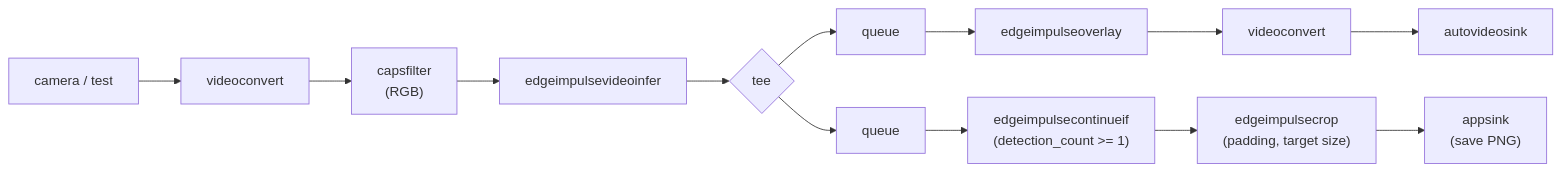
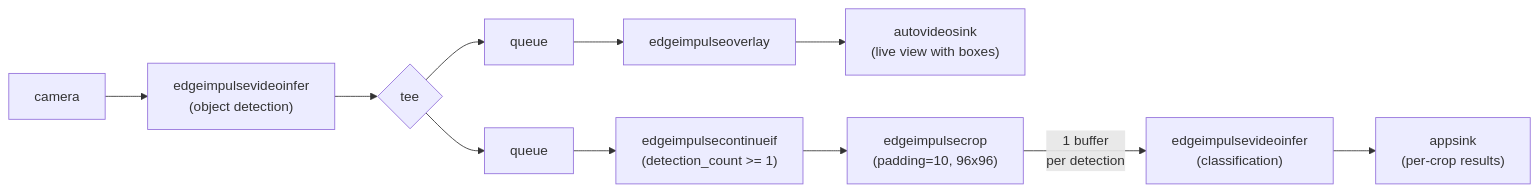
One commit to edgeimpulse/gst-plugins-edgeimpulse changed the ninth of 10 diagrams in README.md. Above: the diagram before and after it, drawn with Mermaid. The commit also changed other lines of this file, not shown here.

````diff
--- a/README.md
+++ b/README.md
@@ -936,7 +961,10 @@
 ```mermaid
 graph LR
-    src["camera / test"] --> vc[videoconvert] --> caps["capsfilter\n(RGB)"] --> det[edgeimpulsevideoinfer]
+    cam[camera] --> det["edgeimpulsevideoinfer\n(object detection)"]
     det --> tee{tee}
-    tee --> q1[queue] --> overlay[edgeimpulseoverlay] --> cvt[videoconvert] --> display[autovideosink]
-    tee --> q2[queue] --> gate["edgeimpulsecontinueif\n(detection_count >= 1)"] --> crop["edgeimpulsecrop\n(padding, target size)"] --> app["appsink\n(save PNG)"]
+    tee --> q1[queue] --> overlay[edgeimpulseoverlay] --> display["autovideosink\n(live view with boxes)"]
+    tee --> q2[queue] --> gate["edgeimpulsecontinueif\n(detection_count >= 1)"]
+    gate --> crop["edgeimpulsecrop\n(padding=10, 96x96)"]
+    crop -->|"1 buffer\nper detection"| cls["edgeimpulsevideoinfer\n(classification)"]
+    cls --> app["appsink\n(per-crop results)"]
 ```
````
